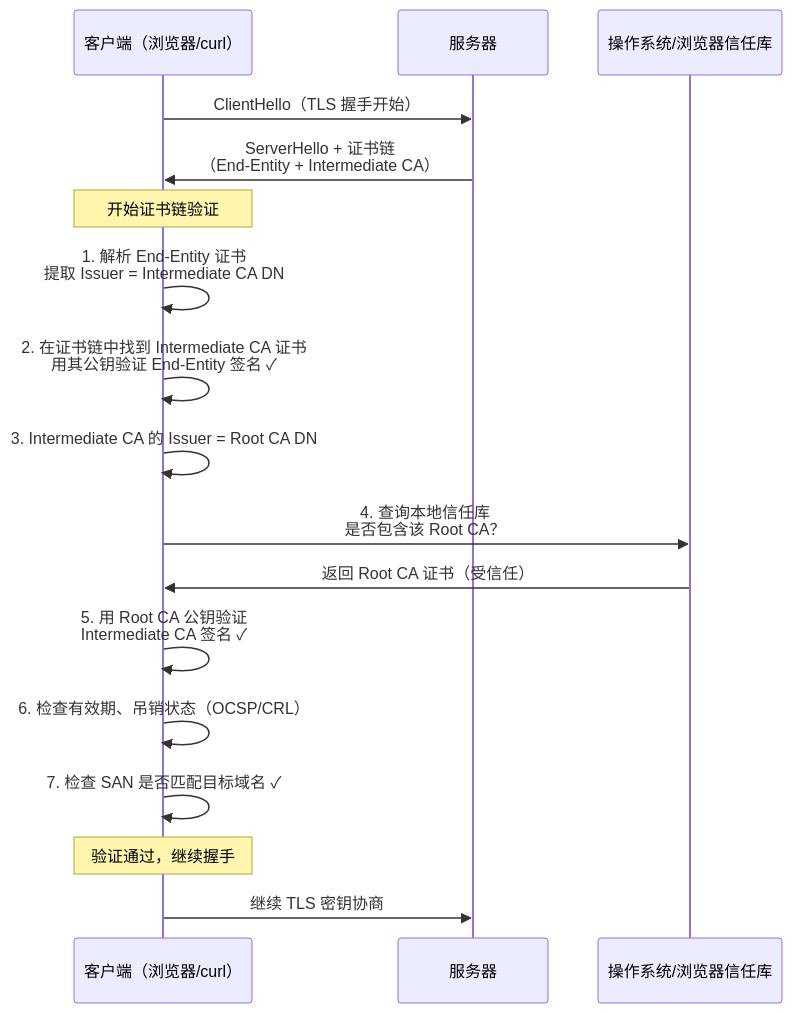
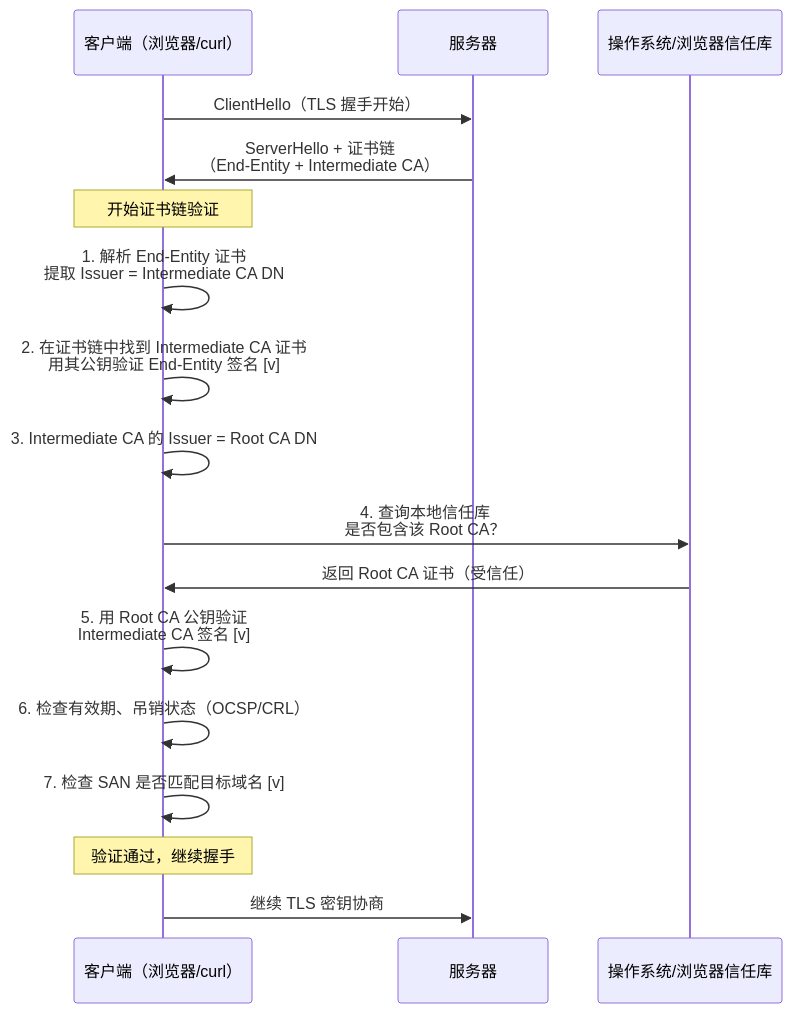
Before and after one commit to SKT-Shurima/NetworkMastery: the second of 6 diagrams in docs/guide/security/pki.md, drawn with Mermaid. The commit also changed other lines of this file and 54 other files, not shown here.

````diff
--- a/docs/guide/security/pki.md
+++ b/docs/guide/security/pki.md
@@ -174,22 +174,22 @@
 ```mermaid
 sequenceDiagram
     participant C as 客户端（浏览器/curl）
     participant S as 服务器
     participant OS as 操作系统/浏览器信任库
 
     C->>S: ClientHello（TLS 握手开始）
     S->>C: ServerHello + 证书链<br/>（End-Entity + Intermediate CA）
     
     Note over C: 开始证书链验证
     C->>C: 1. 解析 End-Entity 证书<br/>提取 Issuer = Intermediate CA DN
-    C->>C: 2. 在证书链中找到 Intermediate CA 证书<br/>用其公钥验证 End-Entity 签名 ✓
+    C->>C: 2. 在证书链中找到 Intermediate CA 证书<br/>用其公钥验证 End-Entity 签名 [v]
     C->>C: 3. Intermediate CA 的 Issuer = Root CA DN
     C->>OS: 4. 查询本地信任库<br/>是否包含该 Root CA？
     OS->>C: 返回 Root CA 证书（受信任）
-    C->>C: 5. 用 Root CA 公钥验证<br/>Intermediate CA 签名 ✓
+    C->>C: 5. 用 Root CA 公钥验证<br/>Intermediate CA 签名 [v]
     C->>C: 6. 检查有效期、吊销状态（OCSP/CRL）
-    C->>C: 7. 检查 SAN 是否匹配目标域名 ✓
+    C->>C: 7. 检查 SAN 是否匹配目标域名 [v]
     
     Note over C: 验证通过，继续握手
     C->>S: 继续 TLS 密钥协商
 ```
````
